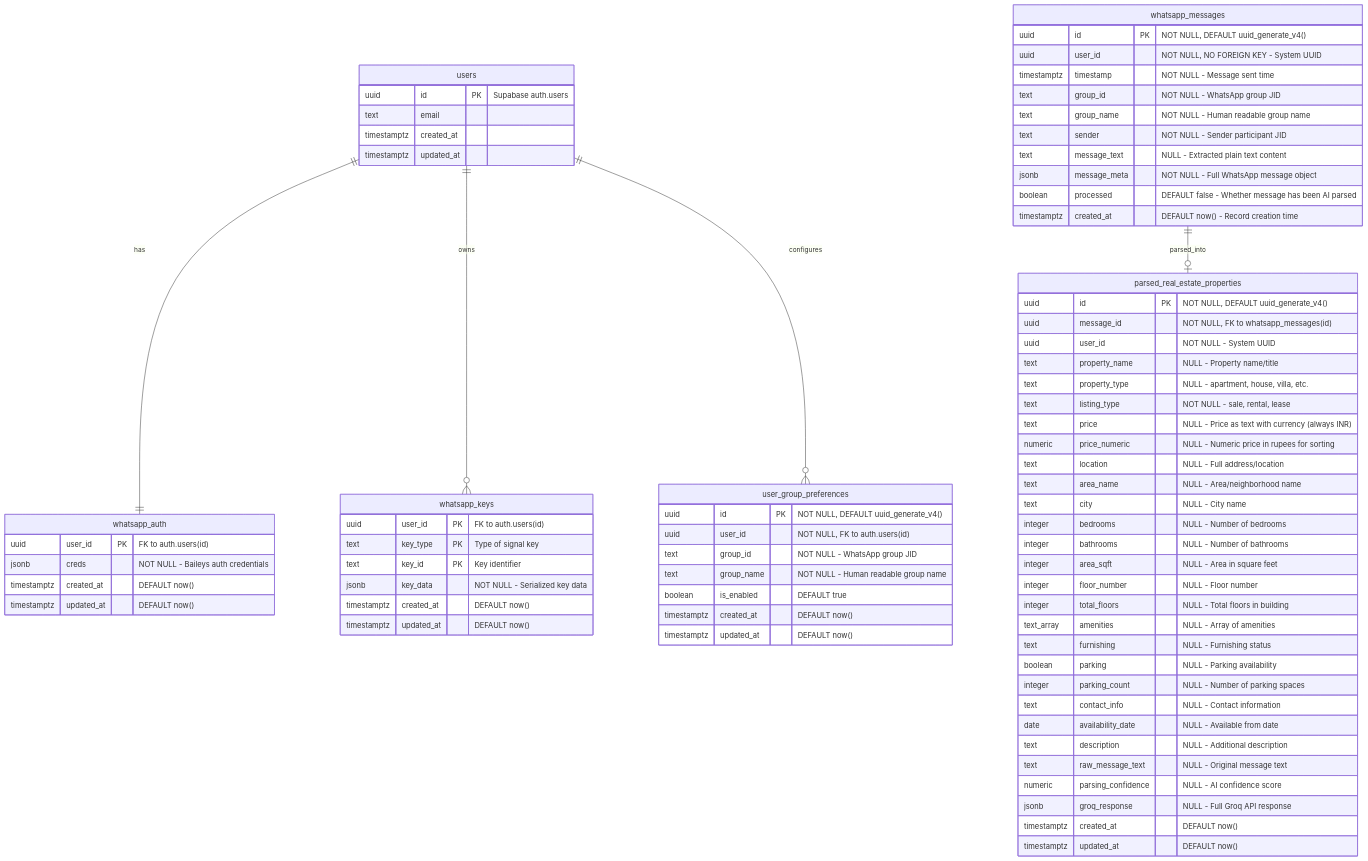
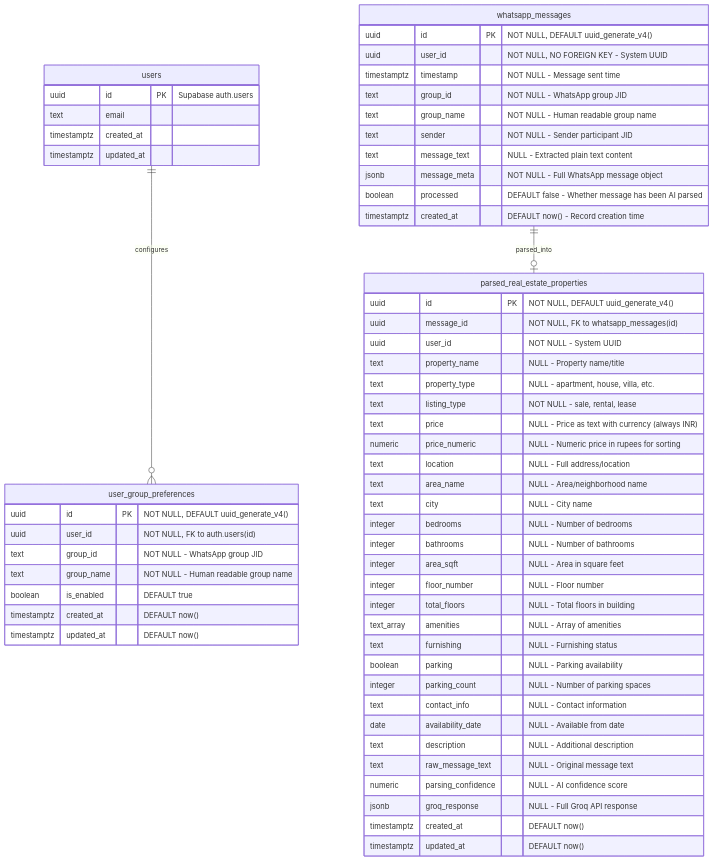
Before and after one commit to realestate9x/whatsapp-listings: the diagram in docs/erd.md, drawn with Mermaid. The commit also changed other lines of this file and 3 other files, not shown here.

````diff
--- a/docs/erd.md
+++ b/docs/erd.md
@@ -111,22 +85,6 @@
         text email
         timestamptz created_at
         timestamptz updated_at
-    }
-
-    whatsapp_auth {
-        uuid user_id PK "FK to auth.users(id)"
-        jsonb creds "NOT NULL - Baileys auth credentials"
-        timestamptz created_at "DEFAULT now()"
-        timestamptz updated_at "DEFAULT now()"
-    }
-
-    whatsapp_keys {
-        uuid user_id PK "FK to auth.users(id)"
-        text key_type PK "Type of signal key"
-        text key_id PK "Key identifier"
-        jsonb key_data "NOT NULL - Serialized key data"
-        timestamptz created_at "DEFAULT now()"
-        timestamptz updated_at "DEFAULT now()"
     }
 
     whatsapp_messages {
@@ -183,8 +141,6 @@
         timestamptz updated_at "DEFAULT now()"
     }
 
-    users ||--|| whatsapp_auth : "has"
-    users ||--o{ whatsapp_keys : "owns"
     users ||--o{ user_group_preferences : "configures"
     whatsapp_messages ||--o| parsed_real_estate_properties : "parsed_into"
 ```
````
